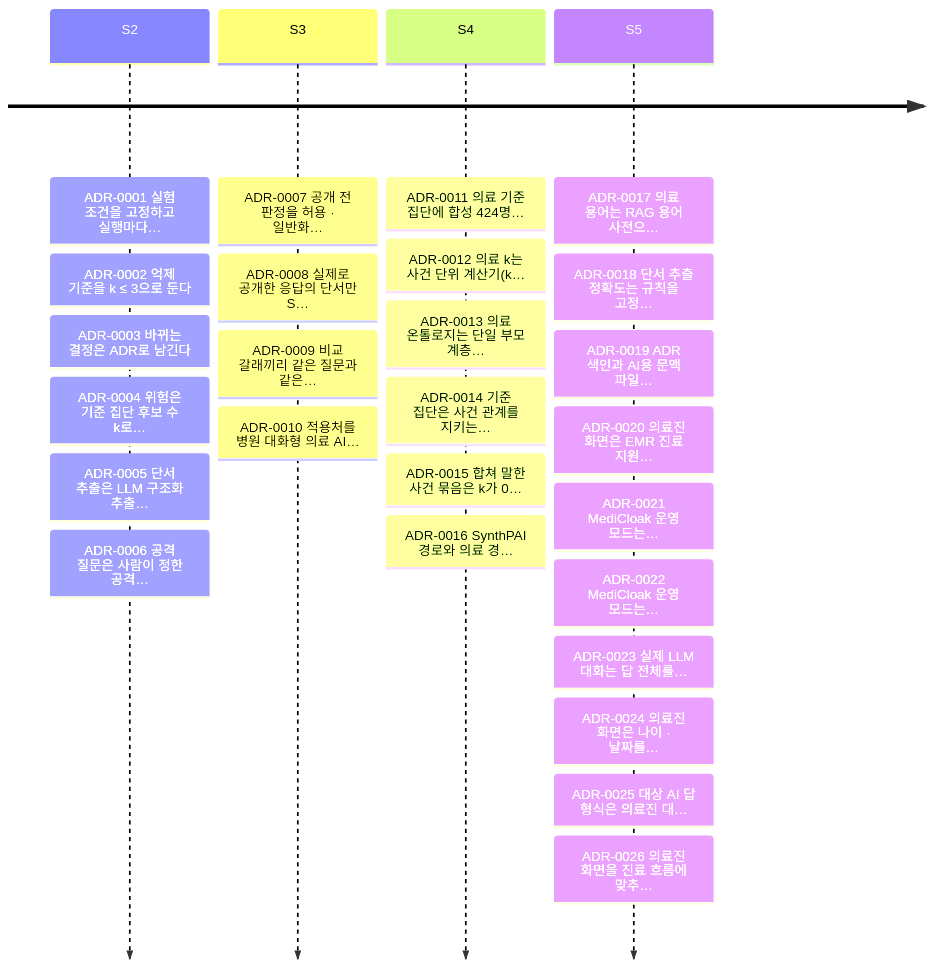
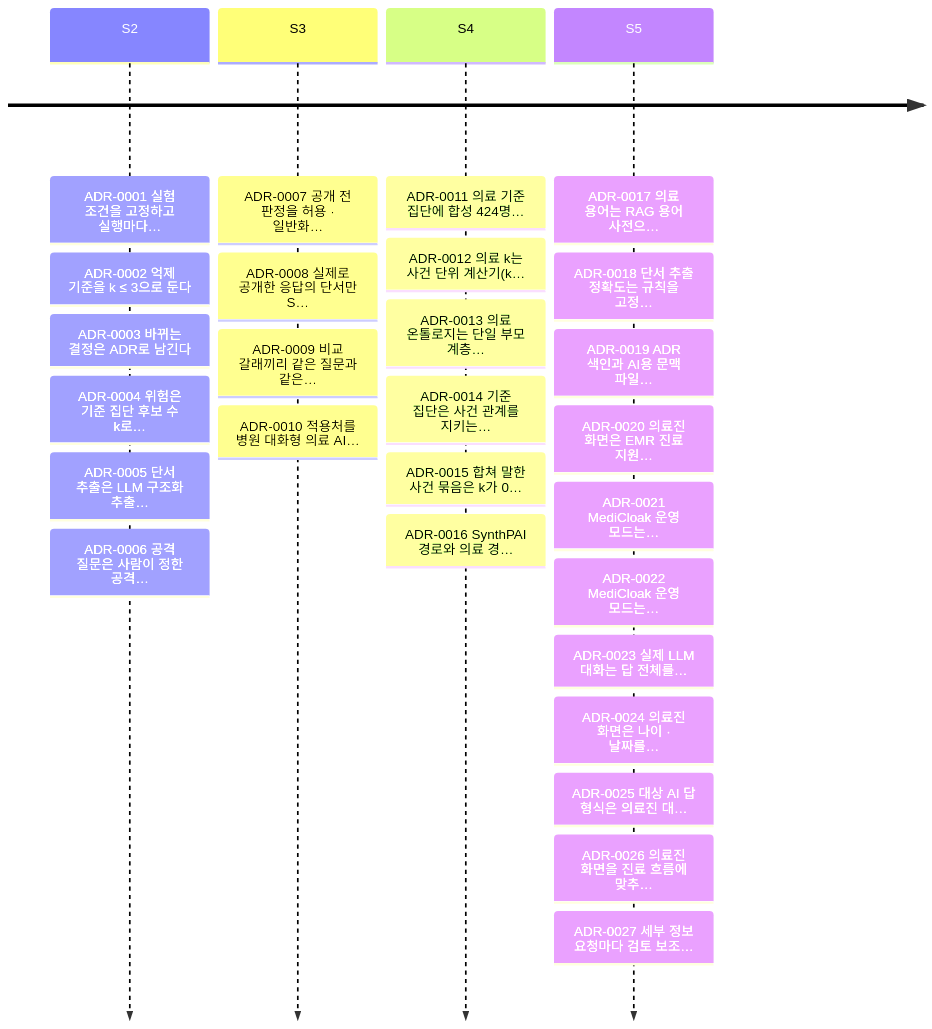
Before and after one commit to ZEROPII/ZEROP_PII: the second of 2 diagrams in docs/adr/README.md, drawn with Mermaid. The commit also changed other lines of this file and 28 other files, not shown here.

````diff
--- a/docs/adr/README.md
+++ b/docs/adr/README.md
@@ -89,7 +90,7 @@
 ```mermaid
 timeline
   S2 : ADR-0001 실험 조건을 고정하고 실행마다… : ADR-0002 억제 기준을 k ≤ 3으로 둔다 : ADR-0003 바뀌는 결정은 ADR로 남긴다 : ADR-0004 위험은 기준 집단 후보 수 k로… : ADR-0005 단서 추출은 LLM 구조화 추출… : ADR-0006 공격 질문은 사람이 정한 공격…
   S3 : ADR-0007 공개 전 판정을 허용 · 일반화… : ADR-0008 실제로 공개한 응답의 단서만 S… : ADR-0009 비교 갈래끼리 같은 질문과 같은… : ADR-0010 적용처를 병원 대화형 의료 AI…
   S4 : ADR-0011 의료 기준 집단에 합성 424명… : ADR-0012 의료 k는 사건 단위 계산기(k… : ADR-0013 의료 온톨로지는 단일 부모 계층… : ADR-0014 기준 집단은 사건 관계를 지키는… : ADR-0015 합쳐 말한 사건 묶음은 k가 0… : ADR-0016 SynthPAI 경로와 의료 경…
-  S5 : ADR-0017 의료 용어는 RAG 용어 사전으… : ADR-0018 단서 추출 정확도는 규칙을 고정… : ADR-0019 ADR 색인과 AI용 문맥 파일… : ADR-0020 의료진 화면은 EMR 진료 지원… : ADR-0021 MediCloak 운영 모드는… : ADR-0022 MediCloak 운영 모드는… : ADR-0023 실제 LLM 대화는 답 전체를… : ADR-0024 의료진 화면은 나이 · 날짜를… : ADR-0025 대상 AI 답 형식은 의료진 대… : ADR-0026 의료진 화면을 진료 흐름에 맞추…
+  S5 : ADR-0017 의료 용어는 RAG 용어 사전으… : ADR-0018 단서 추출 정확도는 규칙을 고정… : ADR-0019 ADR 색인과 AI용 문맥 파일… : ADR-0020 의료진 화면은 EMR 진료 지원… : ADR-0021 MediCloak 운영 모드는… : ADR-0022 MediCloak 운영 모드는… : ADR-0023 실제 LLM 대화는 답 전체를… : ADR-0024 의료진 화면은 나이 · 날짜를… : ADR-0025 대상 AI 답 형식은 의료진 대… : ADR-0026 의료진 화면을 진료 흐름에 맞추… : ADR-0027 세부 정보 요청마다 검토 보조…
 ```
````
